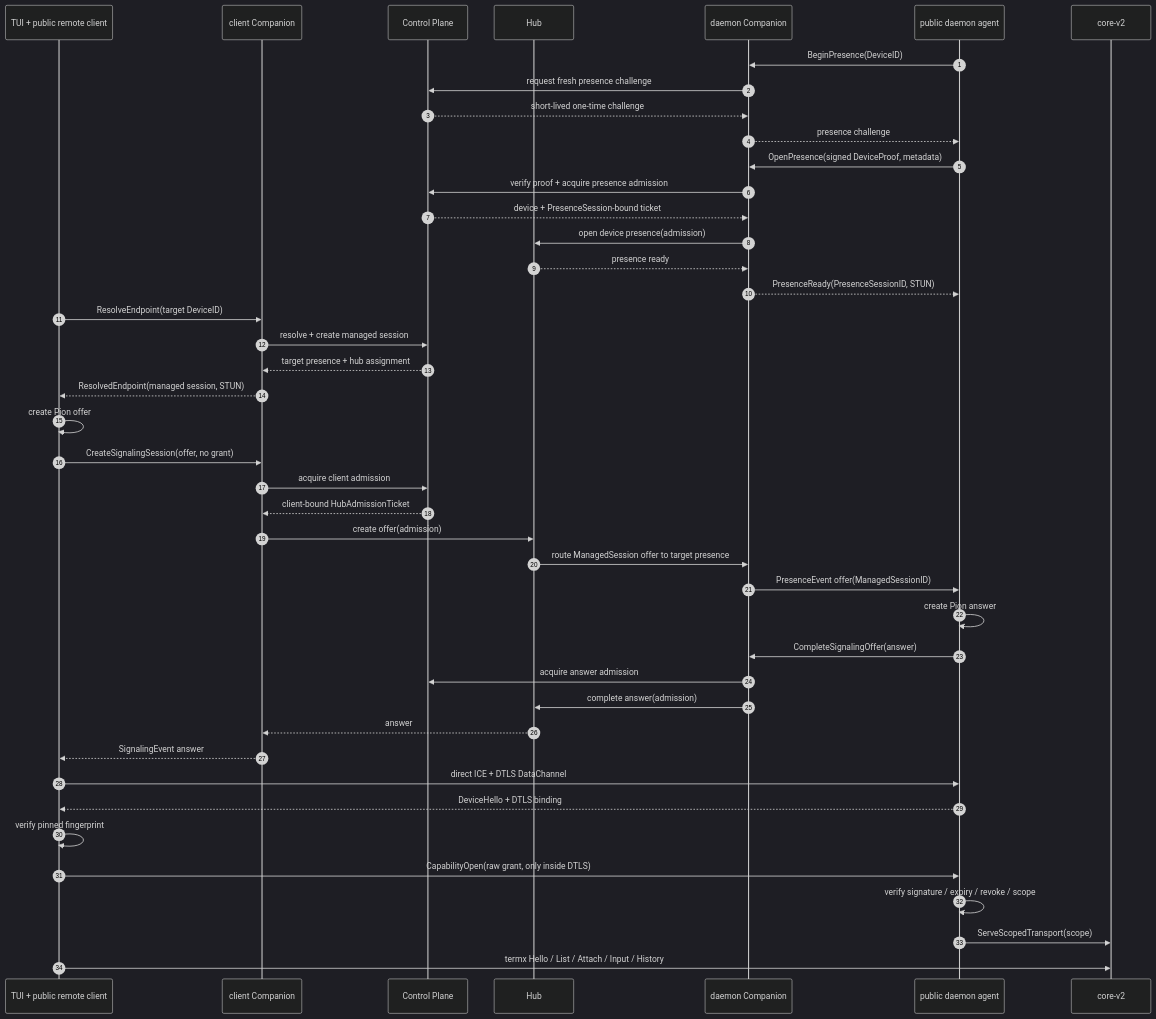
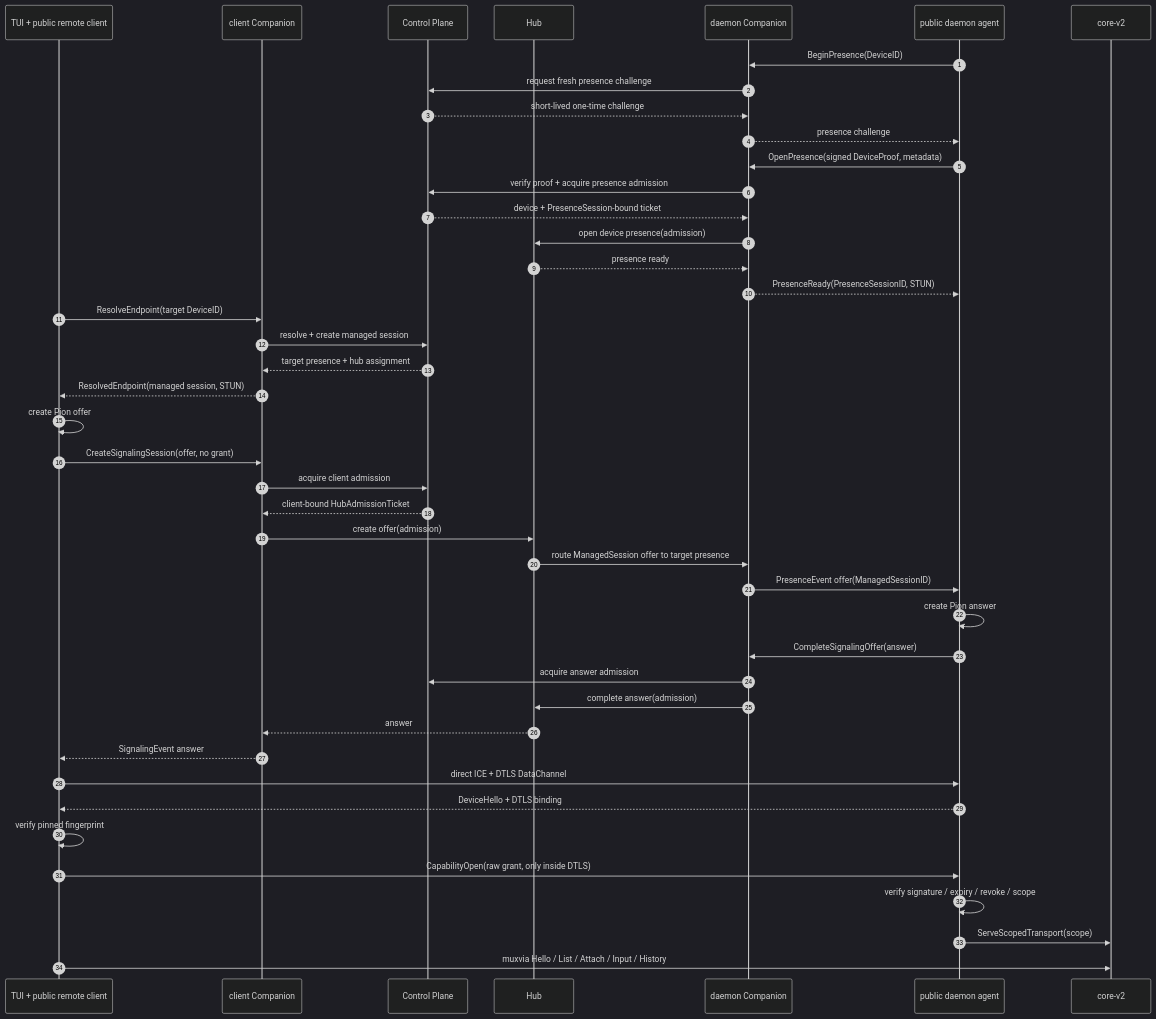
Before and after one commit to lozzo/termx: the second of 2 diagrams in docs/remote-platform/cloud-staging-roadmap.md, drawn with Mermaid (dark theme). The commit also changed other lines of this file and 208 other files, not shown here.

````diff
--- a/docs/remote-platform/cloud-staging-roadmap.md
+++ b/docs/remote-platform/cloud-staging-roadmap.md
@@ -125,49 +125,49 @@
 ```mermaid
 sequenceDiagram
     autonumber
     participant C as TUI + public remote client
     participant CC as client Companion
     participant CP as Control Plane
     participant H as Hub
     participant DC as daemon Companion
     participant D as public daemon agent
     participant Core as core-v2
 
     D->>DC: BeginPresence(DeviceID)
     DC->>CP: request fresh presence challenge
     CP-->>DC: short-lived one-time challenge
     DC-->>D: presence challenge
     D->>DC: OpenPresence(signed DeviceProof, metadata)
     DC->>CP: verify proof + acquire presence admission
     CP-->>DC: device + PresenceSession-bound ticket
     DC->>H: open device presence(admission)
     H-->>DC: presence ready
     DC-->>D: PresenceReady(PresenceSessionID, STUN)
 
     C->>CC: ResolveEndpoint(target DeviceID)
     CC->>CP: resolve + create managed session
     CP-->>CC: target presence + hub assignment
     CC-->>C: ResolvedEndpoint(managed session, STUN)
 
     C->>C: create Pion offer
     C->>CC: CreateSignalingSession(offer, no grant)
     CC->>CP: acquire client admission
     CP-->>CC: client-bound HubAdmissionTicket
     CC->>H: create offer(admission)
     H->>DC: route ManagedSession offer to target presence
     DC->>D: PresenceEvent offer(ManagedSessionID)
     D->>D: create Pion answer
     D->>DC: CompleteSignalingOffer(answer)
     DC->>CP: acquire answer admission
     DC->>H: complete answer(admission)
     H-->>CC: answer
     CC-->>C: SignalingEvent answer
 
     C->>D: direct ICE + DTLS DataChannel
     D-->>C: DeviceHello + DTLS binding
     C->>C: verify pinned fingerprint
     C->>D: CapabilityOpen(raw grant, only inside DTLS)
     D->>D: verify signature / expiry / revoke / scope
     D->>Core: ServeScopedTransport(scope)
-    C->>Core: termx Hello / List / Attach / Input / History
+    C->>Core: muxvia Hello / List / Attach / Input / History
 ```
````
